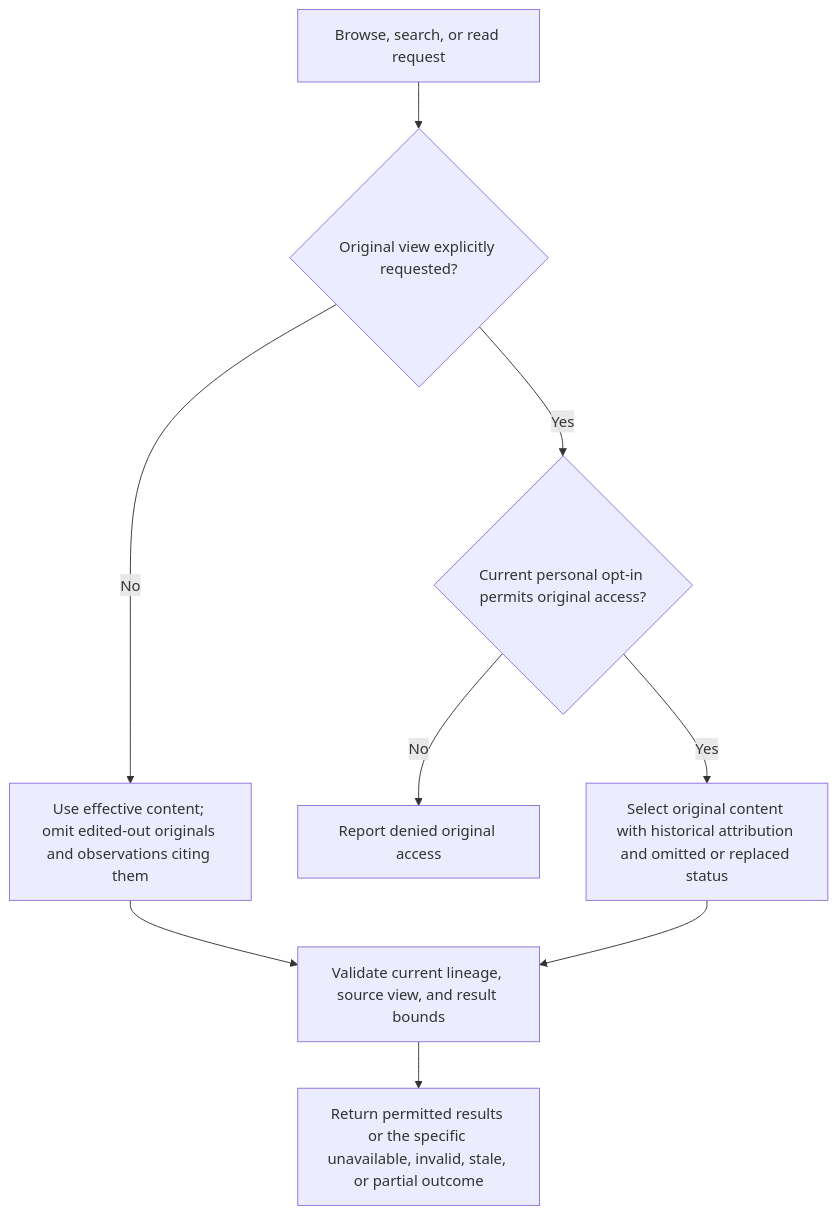
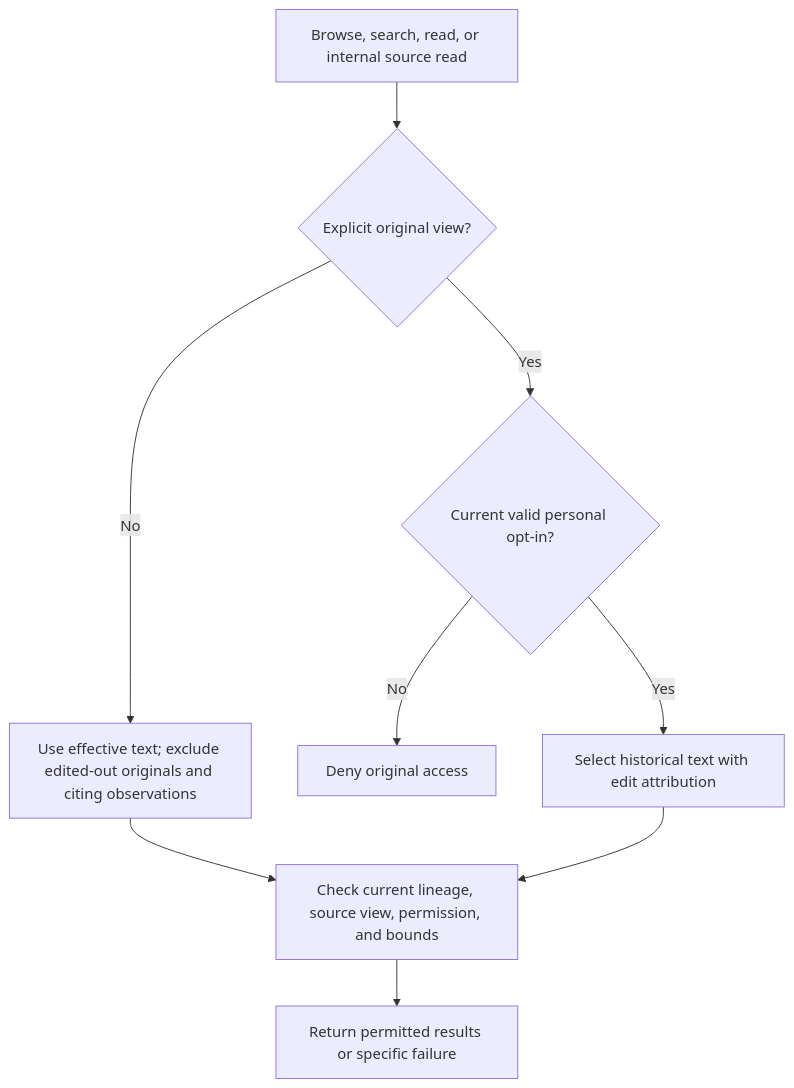
The diagram in packages/memory/specs/recall.md (kvnxiao/orbis), drawn with Mermaid before and after one commit. The commit also changed other lines of this file and 11 other files, not shown here.

````diff
--- a/packages/memory/specs/recall.md
+++ b/packages/memory/specs/recall.md
@@ -28,11 +43,11 @@
 ```mermaid
 flowchart TD
-    Q["Browse, search, or read request"] --> O{"Original view explicitly requested?"}
-    O -->|No| E["Use effective content; omit edited-out originals and observations citing them"]
-    O -->|Yes| P{"Current personal opt-in permits original access?"}
-    P -->|No| D["Report denied original access"]
-    P -->|Yes| H["Select original content with historical attribution and omitted or replaced status"]
-    E --> V["Validate current lineage, source view, and result bounds"]
+    Q["Browse, search, read, or internal source read"] --> O{"Explicit original view?"}
+    O -->|No| E["Use effective text; exclude edited-out originals and citing observations"]
+    O -->|Yes| P{"Current valid personal opt-in?"}
+    P -->|No| D["Deny original access"]
+    P -->|Yes| H["Select historical text with edit attribution"]
+    E --> V["Check current lineage, source view, permission, and bounds"]
     H --> V
-    V --> R["Return permitted results or the specific unavailable, invalid, stale, or partial outcome"]
+    V --> R["Return permitted results or specific failure"]
 ```
````
